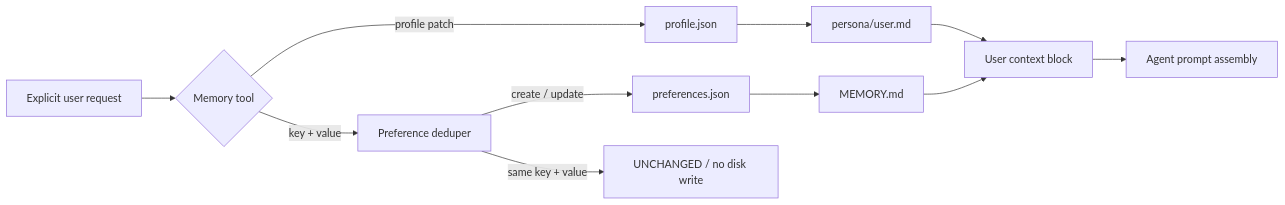
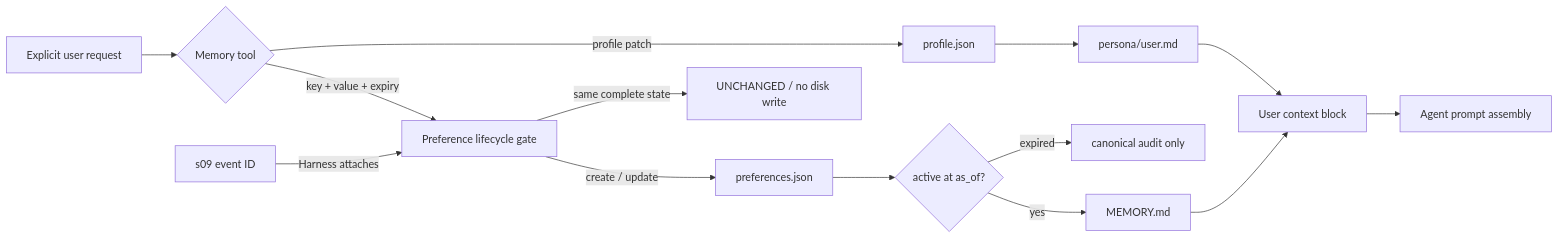
The diagram in s11_user_memory/README.md (Zenquan/learn-workbuddy), drawn with Mermaid before and after one commit. The commit also changed other lines of this file and 3 other files, not shown here.

Commit message:
feat(s11): add preference lifecycle and provenance

````diff
--- a/s11_user_memory/README.md
+++ b/s11_user_memory/README.md
@@ -44,13 +46,16 @@
 ```mermaid
 flowchart LR
     U["Explicit user request"] --> T{"Memory tool"}
     T -->|"profile patch"| P["profile.json"]
-    T -->|"key + value"| D["Preference deduper"]
+    T -->|"key + value + expiry"| D["Preference lifecycle gate"]
+    E["s09 event ID"] -->|"Harness attaches"| D
     D -->|"create / update"| J["preferences.json"]
-    D -->|"same key + value"| N["UNCHANGED / no disk write"]
+    D -->|"same complete state"| N["UNCHANGED / no disk write"]
+    J --> G{"active at as_of?"}
+    G -->|"yes"| MP["MEMORY.md"]
+    G -->|"expired"| H["canonical audit only"]
     P --> UP["persona/user.md"]
-    J --> MP["MEMORY.md"]
     UP --> C["User context block"]
     MP --> C
     C --> A["Agent prompt assembly"]
 ```
````
